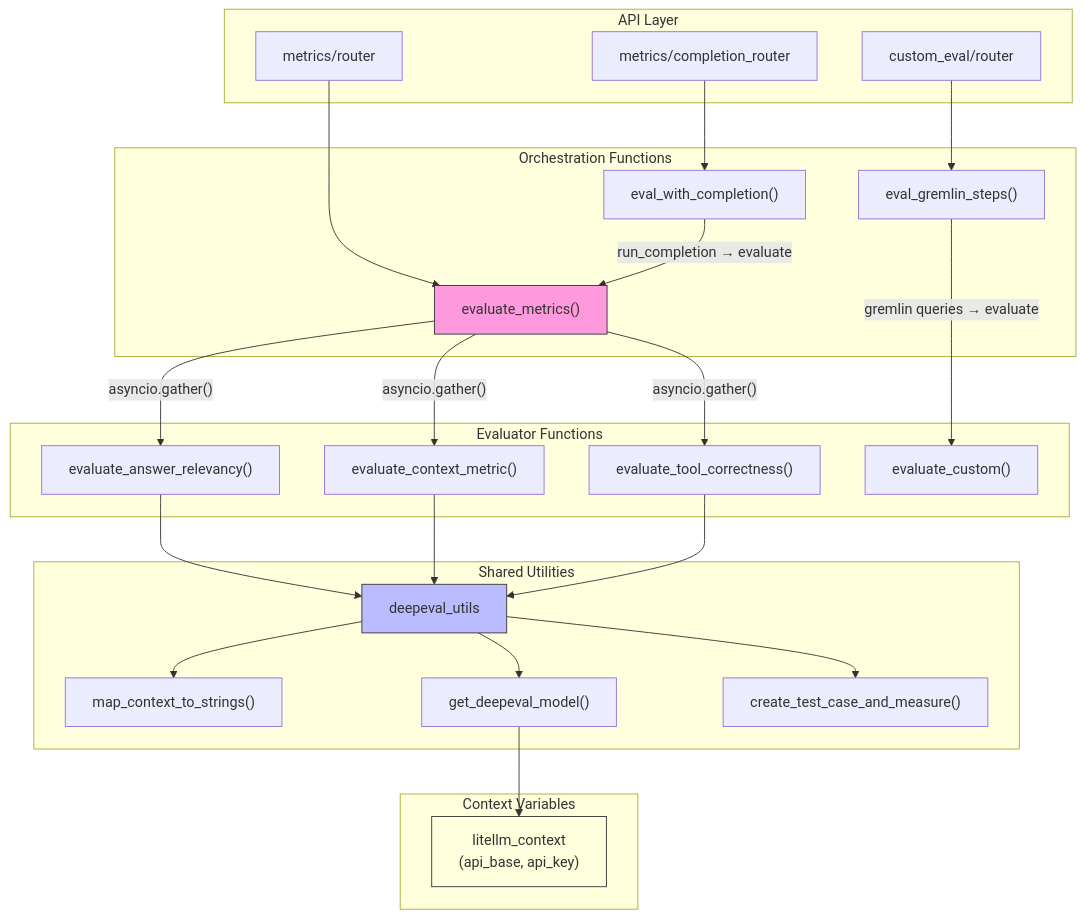
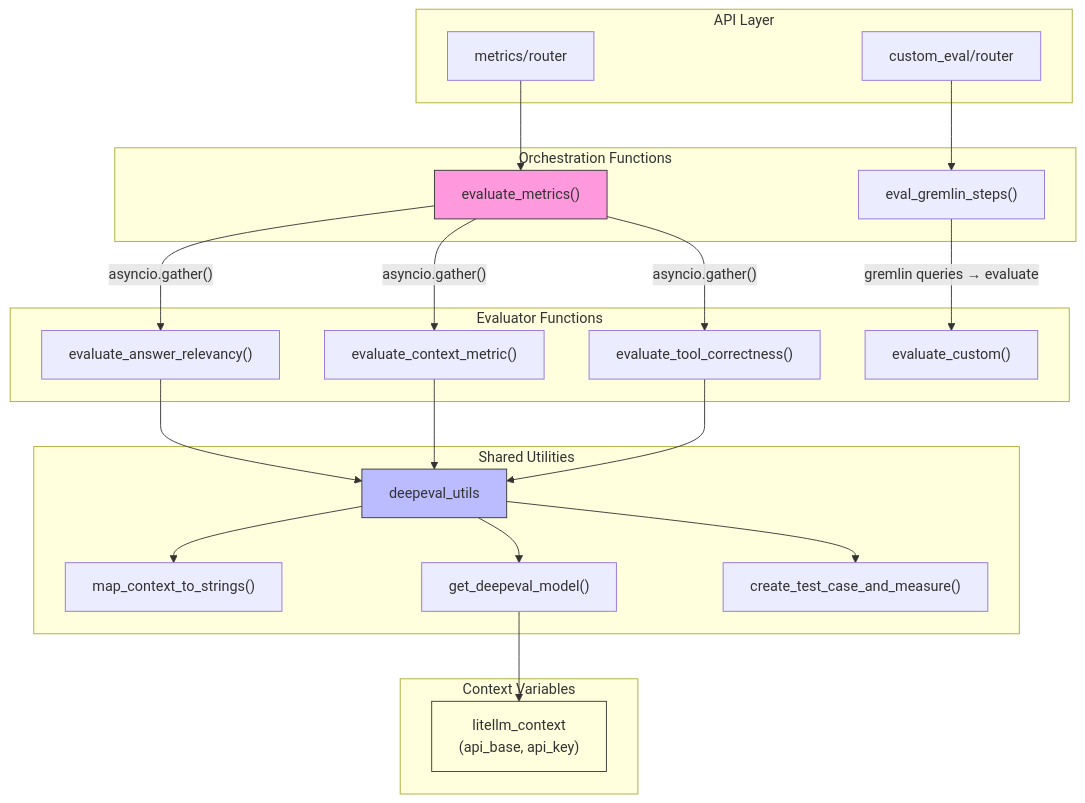
One commit to HackNSnack/personal-nanoclaw changed the fifth of 8 diagrams in Clients/Ardoq/AgentNotes/Active/2026-03-25 ai_observability refactor to functional architecture.md. Above: the diagram before and after it, drawn with Mermaid. The commit also changed other lines of this file and 2 other files, not shown here.

Commit message:
vault backup: 2026-04-08 21:50:25

````diff
--- a/Clients/Ardoq/AgentNotes/Active/2026-03-25 ai_observability refactor to functional architecture.md
+++ b/Clients/Ardoq/AgentNotes/Active/2026-03-25 ai_observability refactor to functional architecture.md
@@ -158,48 +158,44 @@
 ```mermaid
 graph TD
     subgraph "API Layer"
         R1[metrics/router]
-        R2[metrics/completion_router]
         R3[custom_eval/router]
     end
 
     subgraph "Orchestration Functions"
         E1["evaluate_metrics()"]
-        E2["eval_with_completion()"]
         E3["eval_gremlin_steps()"]
     end
 
     subgraph "Evaluator Functions"
         AF["evaluate_answer_relevancy()"]
         CF["evaluate_context_metric()"]
         TF["evaluate_tool_correctness()"]
         CUF["evaluate_custom()"]
     end
 
     subgraph "Shared Utilities"
         DU["deepeval_utils"]
         MC["map_context_to_strings()"]
         GM["get_deepeval_model()"]
         CM["create_test_case_and_measure()"]
     end
 
     subgraph "Context Variables"
         CV["litellm_context\n(api_base, api_key)"]
     end
 
     R1 --> E1
-    R2 --> E2
     R3 --> E3
 
     E1 -->|"asyncio.gather()"| AF & CF & TF
-    E2 -->|"run_completion → evaluate"| E1
     E3 -->|"gremlin queries → evaluate"| CUF
 
     AF & CF & TF --> DU
     DU --> MC & GM & CM
     GM --> CV
 
     style E1 fill:#f9d,stroke:#333
     style DU fill:#bbf,stroke:#333
     style CV fill:#ffd,stroke:#333
 ```
````
